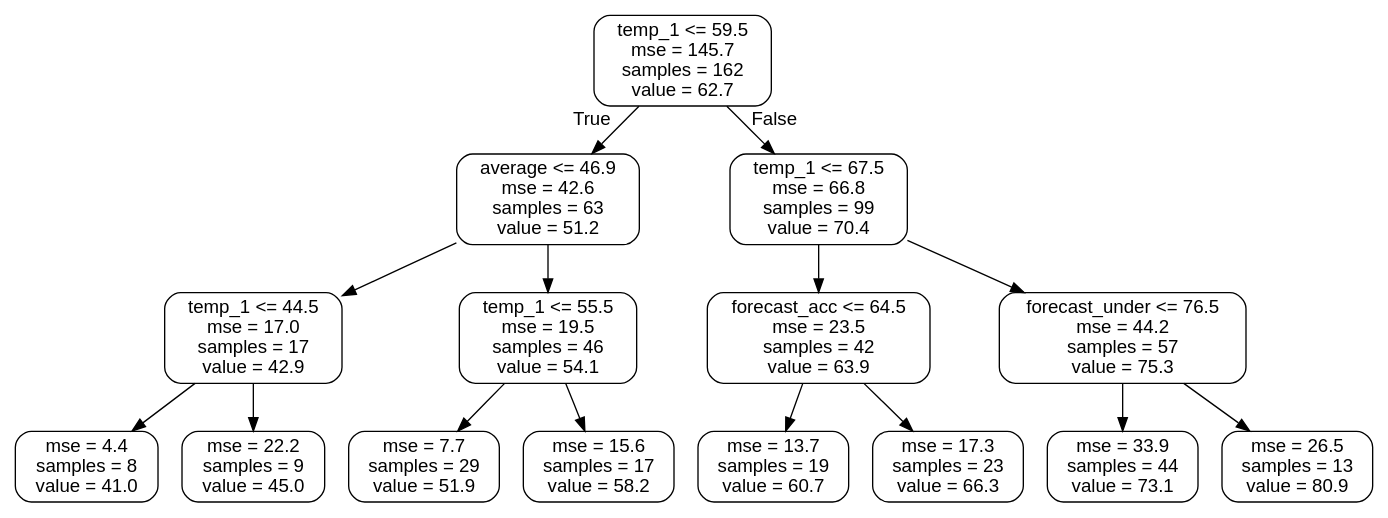
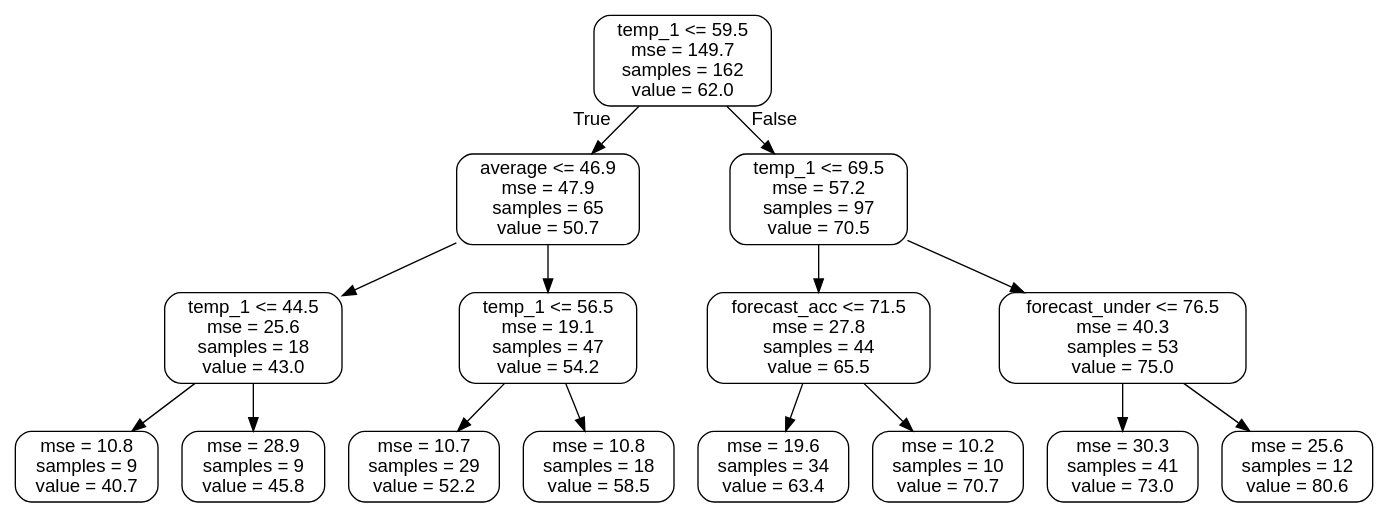
The diagram in rand-forest/small_tree.dot (bnicholson98/masters-proj), drawn with Graphviz before and after one commit. The commit also changed 8 other files, not shown here.

```diff
--- a/rand-forest/small_tree.dot
+++ b/rand-forest/small_tree.dot
@@ -1,33 +1,33 @@
 digraph Tree {
 node [shape=box, style="rounded", color="black", fontname=helvetica] ;
 edge [fontname=helvetica] ;
-0 [label="temp_1 <= 59.5\nmse = 145.7\nsamples = 162\nvalue = 62.7"] ;
-1 [label="average <= 46.9\nmse = 42.6\nsamples = 63\nvalue = 51.2"] ;
+0 [label="temp_1 <= 59.5\nmse = 149.7\nsamples = 162\nvalue = 62.0"] ;
+1 [label="average <= 46.9\nmse = 47.9\nsamples = 65\nvalue = 50.7"] ;
 0 -> 1 [labeldistance=2.5, labelangle=45, headlabel="True"] ;
-2 [label="temp_1 <= 44.5\nmse = 17.0\nsamples = 17\nvalue = 42.9"] ;
+2 [label="temp_1 <= 44.5\nmse = 25.6\nsamples = 18\nvalue = 43.0"] ;
 1 -> 2 ;
-3 [label="mse = 4.4\nsamples = 8\nvalue = 41.0"] ;
+3 [label="mse = 10.8\nsamples = 9\nvalue = 40.7"] ;
 2 -> 3 ;
-4 [label="mse = 22.2\nsamples = 9\nvalue = 45.0"] ;
+4 [label="mse = 28.9\nsamples = 9\nvalue = 45.8"] ;
 2 -> 4 ;
-5 [label="temp_1 <= 55.5\nmse = 19.5\nsamples = 46\nvalue = 54.1"] ;
+5 [label="temp_1 <= 56.5\nmse = 19.1\nsamples = 47\nvalue = 54.2"] ;
 1 -> 5 ;
-6 [label="mse = 7.7\nsamples = 29\nvalue = 51.9"] ;
+6 [label="mse = 10.7\nsamples = 29\nvalue = 52.2"] ;
 5 -> 6 ;
-7 [label="mse = 15.6\nsamples = 17\nvalue = 58.2"] ;
+7 [label="mse = 10.8\nsamples = 18\nvalue = 58.5"] ;
 5 -> 7 ;
-8 [label="temp_1 <= 67.5\nmse = 66.8\nsamples = 99\nvalue = 70.4"] ;
+8 [label="temp_1 <= 69.5\nmse = 57.2\nsamples = 97\nvalue = 70.5"] ;
 0 -> 8 [labeldistance=2.5, labelangle=-45, headlabel="False"] ;
-9 [label="forecast_acc <= 64.5\nmse = 23.5\nsamples = 42\nvalue = 63.9"] ;
+9 [label="forecast_acc <= 71.5\nmse = 27.8\nsamples = 44\nvalue = 65.5"] ;
 8 -> 9 ;
-10 [label="mse = 13.7\nsamples = 19\nvalue = 60.7"] ;
+10 [label="mse = 19.6\nsamples = 34\nvalue = 63.4"] ;
 9 -> 10 ;
-11 [label="mse = 17.3\nsamples = 23\nvalue = 66.3"] ;
+11 [label="mse = 10.2\nsamples = 10\nvalue = 70.7"] ;
 9 -> 11 ;
-12 [label="forecast_under <= 76.5\nmse = 44.2\nsamples = 57\nvalue = 75.3"] ;
+12 [label="forecast_under <= 76.5\nmse = 40.3\nsamples = 53\nvalue = 75.0"] ;
 8 -> 12 ;
-13 [label="mse = 33.9\nsamples = 44\nvalue = 73.1"] ;
+13 [label="mse = 30.3\nsamples = 41\nvalue = 73.0"] ;
 12 -> 13 ;
-14 [label="mse = 26.5\nsamples = 13\nvalue = 80.9"] ;
+14 [label="mse = 25.6\nsamples = 12\nvalue = 80.6"] ;
 12 -> 14 ;
 }
```
